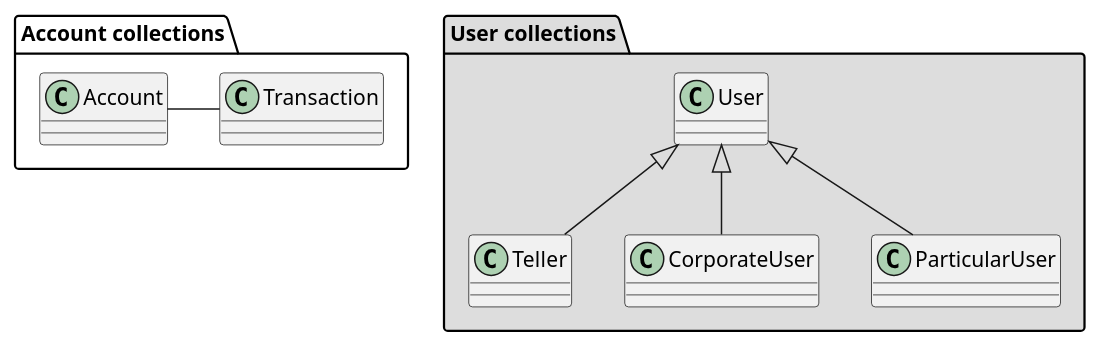
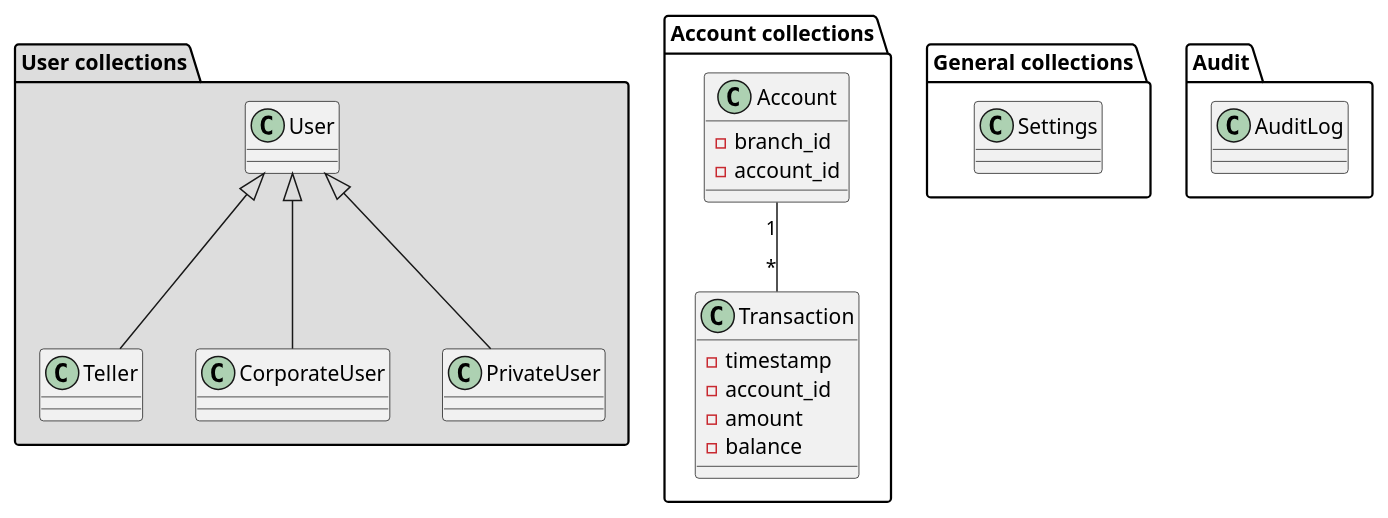
The diagram in design/entities.puml (howaryoo/tbank), drawn with PlantUML before and after one commit. The commit also changed 3 other files, not shown here.

Commit message:
add transfer seq diagram

```diff
--- a/design/entities.puml
+++ b/design/entities.puml
@@ -1,16 +1,33 @@
 @startuml
 
 package "User collections" #DDDDDD {
   User <|-- Teller
   User <|-- CorporateUser
-  User <|-- ParticularUser
+  User <|-- PrivateUser
 }
 
 
 package "Account collections" {
-  Class Account
-  Class Transaction
+  Class Account {
+    - branch_id
+    - account_id
+  }
+  Class Transaction {
+    - timestamp
+    - account_id
+    - amount
+    - balance
+  }
 
-  Account - Transaction
+  Account "1"--"*" Transaction
 }
+
+package "General collections" {
+  Class Settings 
+}
+
+package "Audit" {
+  Class AuditLog
+}
+
 @enduml
```
